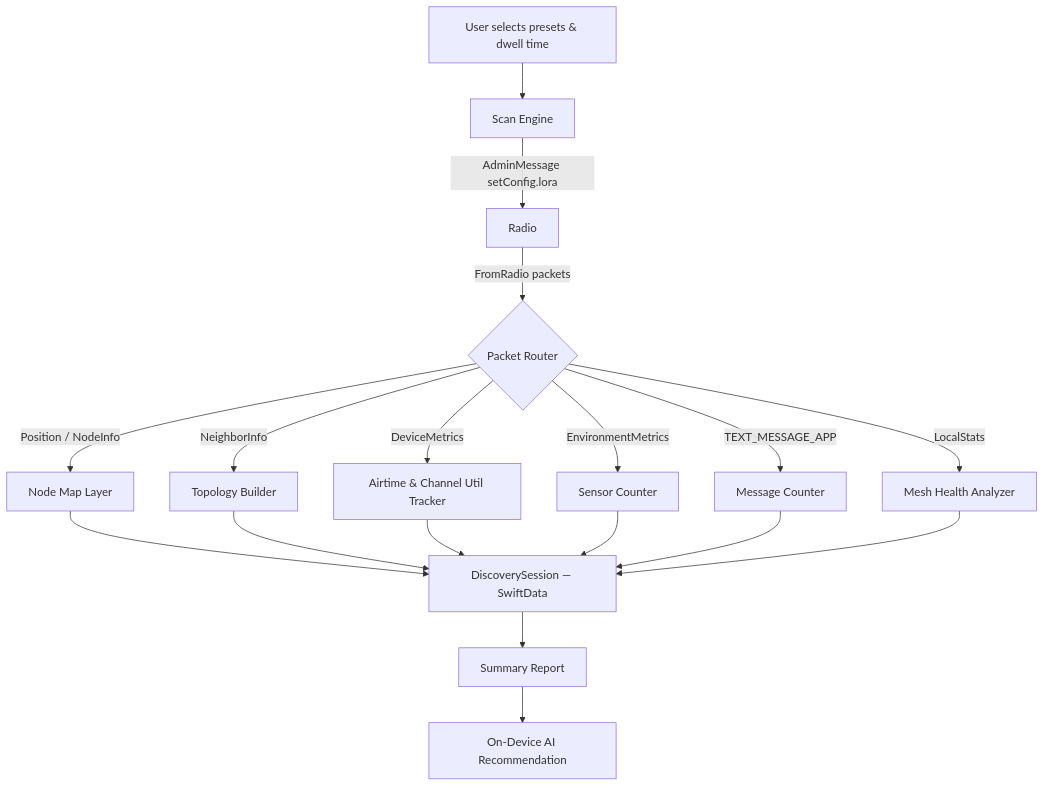
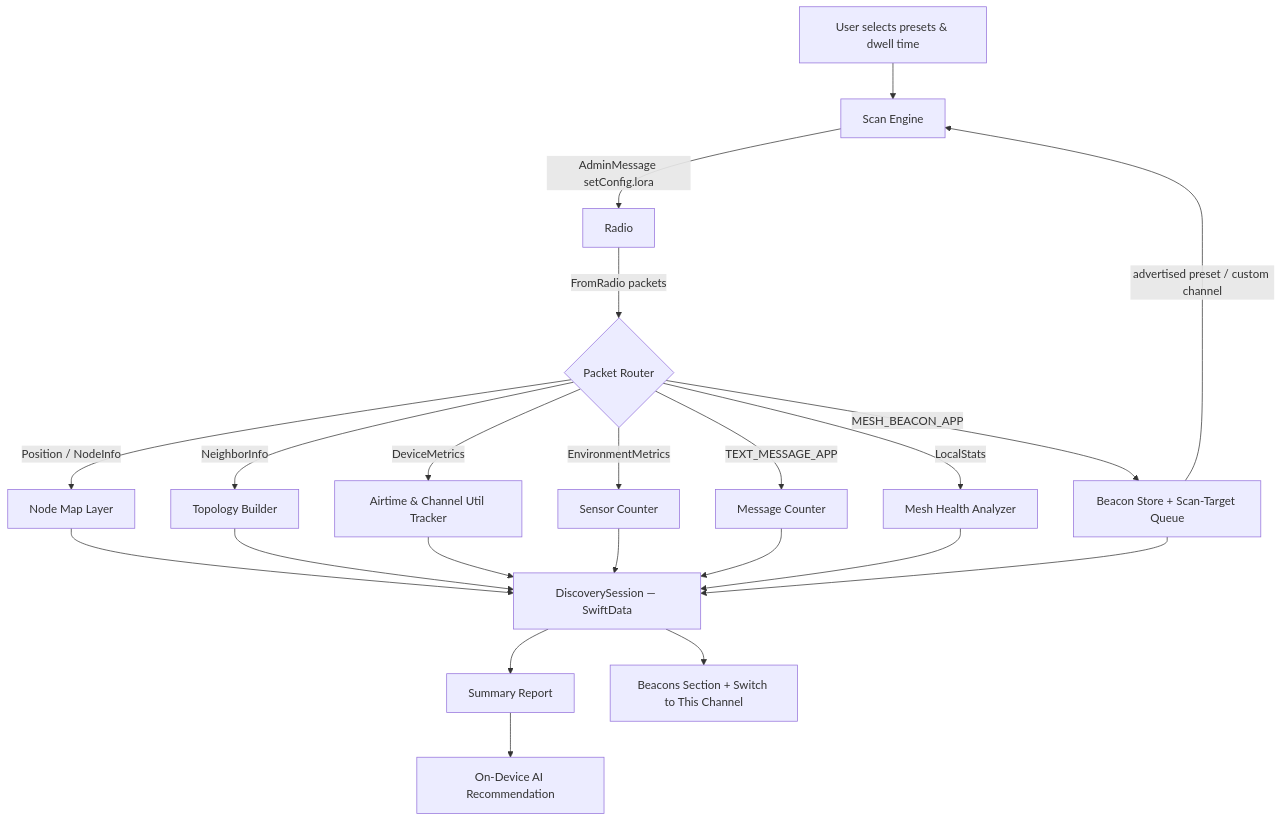
Before and after one commit to meshtastic/Meshtastic-Apple: the second of 2 diagrams in specs/001-local-mesh-discovery/spec.md, drawn with Mermaid. The commit also changed other lines of this file and 1 other file, not shown here.

First line of the commit message:
docs(spec-001): document mesh beacon discovery functionality

````diff
--- a/specs/001-local-mesh-discovery/spec.md
+++ b/specs/001-local-mesh-discovery/spec.md
@@ -128,20 +151,24 @@
 ```mermaid
 flowchart TD
     A[User selects presets & dwell time] --> B[Scan Engine]
     B -->|AdminMessage setConfig.lora| C[Radio]
     C -->|FromRadio packets| D{Packet Router}
     D -->|Position / NodeInfo| E[Node Map Layer]
     D -->|NeighborInfo| F[Topology Builder]
     D -->|DeviceMetrics| G[Airtime & Channel Util Tracker]
     D -->|EnvironmentMetrics| H[Sensor Counter]
     D -->|TEXT_MESSAGE_APP| I[Message Counter]
     D -->|LocalStats| J[Mesh Health Analyzer]
+    D -->|MESH_BEACON_APP| N[Beacon Store + Scan-Target Queue]
     E --> K[DiscoverySession — SwiftData]
     F --> K
     G --> K
     H --> K
     I --> K
     J --> K
+    N --> K
+    N -->|advertised preset / custom channel| B
     K --> L[Summary Report]
     L --> M[On-Device AI Recommendation]
+    K --> O[Beacons Section + Switch to This Channel]
 ```
````
